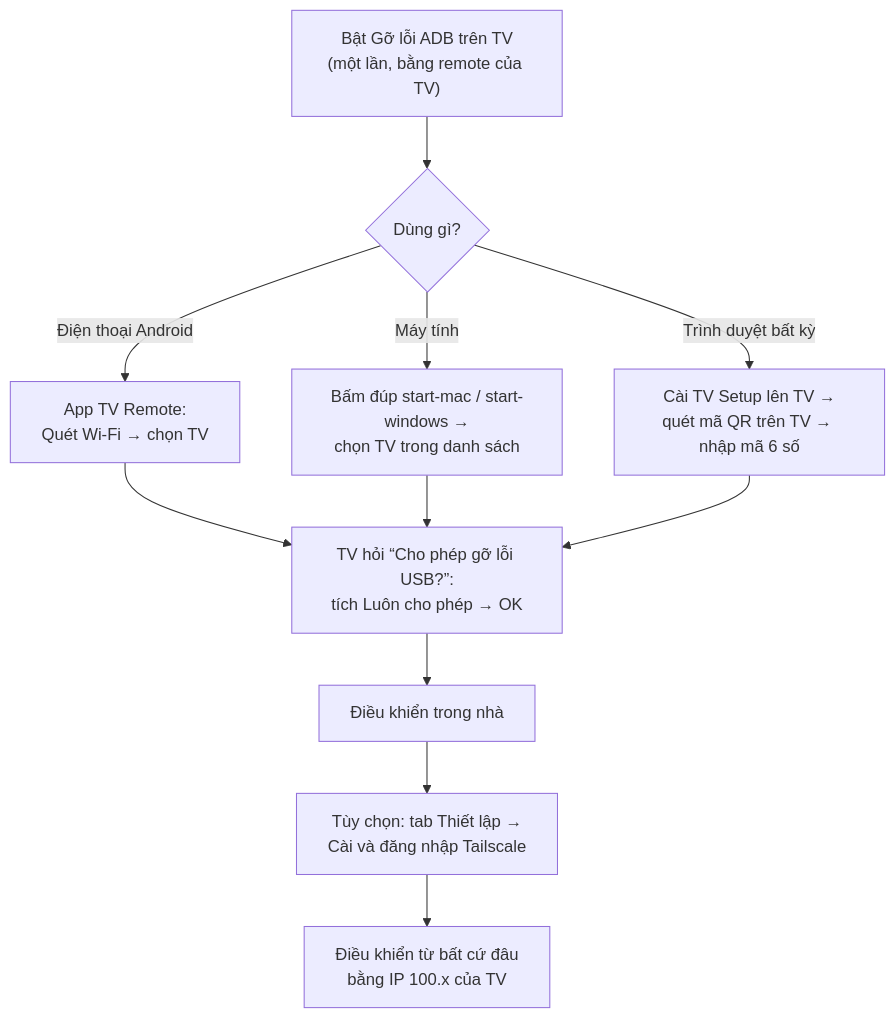
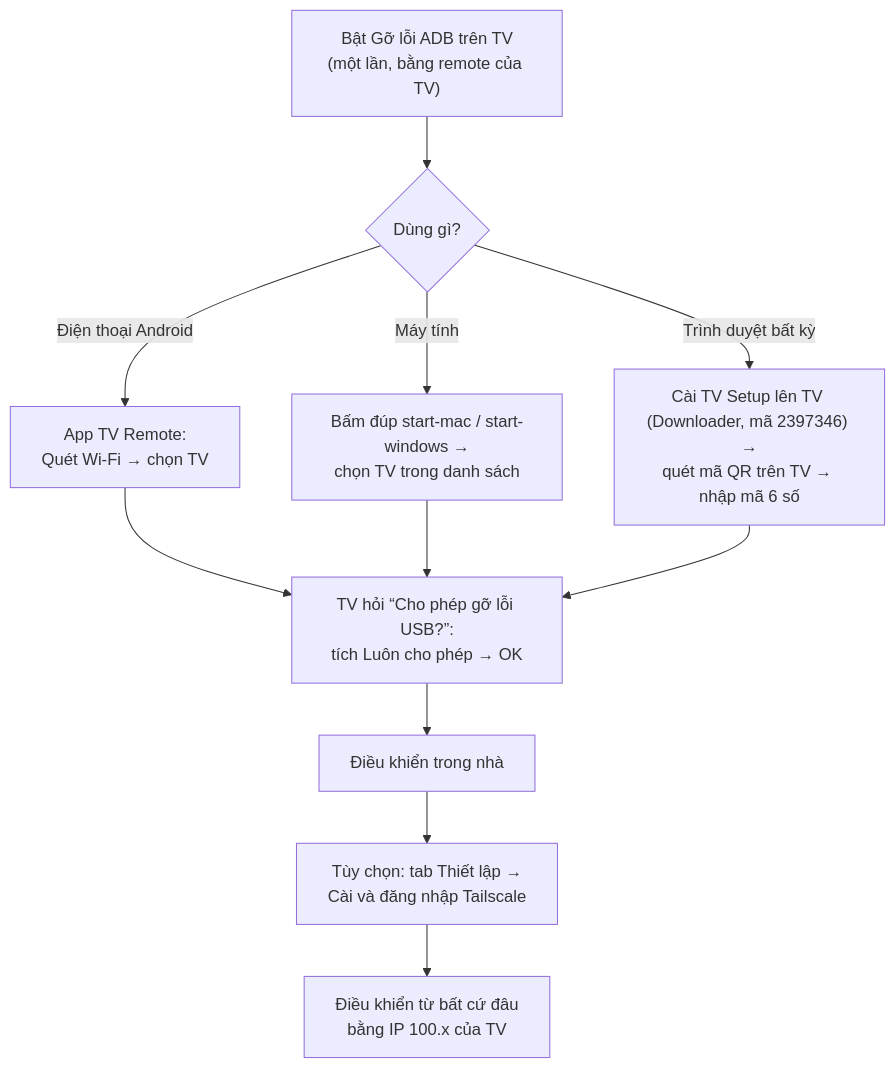
One commit to 9000000/tv-remote changed the first of 2 diagrams in README.md. Above: the diagram before and after it, drawn with Mermaid. The commit also changed other lines of this file and 9 other files, not shown here.

````diff
--- a/README.md
+++ b/README.md
@@ -27,13 +29,13 @@
 ```mermaid
 flowchart TD
     A["Bật Gỡ lỗi ADB trên TV<br/>(một lần, bằng remote của TV)"] --> B{"Dùng gì?"}
     B -- "Điện thoại Android" --> P["App TV Remote:<br/>Quét Wi-Fi → chọn TV"]
-    B -- "Trình duyệt bất kỳ" --> T["Cài TV Setup lên TV →<br/>quét mã QR trên TV → nhập mã 6 số"]
+    B -- "Trình duyệt bất kỳ" --> T["Cài TV Setup lên TV (Downloader, mã 2397346) →<br/>quét mã QR trên TV → nhập mã 6 số"]
     B -- "Máy tính" --> W["Bấm đúp start-mac / start-windows →<br/>chọn TV trong danh sách"]
     P --> Q["TV hỏi “Cho phép gỡ lỗi USB?”:<br/>tích Luôn cho phép → OK"]
     W --> Q
     T --> Q
     Q --> R["Điều khiển trong nhà"]
     R --> S["Tùy chọn: tab Thiết lập →<br/>Cài và đăng nhập Tailscale"]
     S --> X["Điều khiển từ bất cứ đâu<br/>bằng IP 100.x của TV"]
 ```
````
